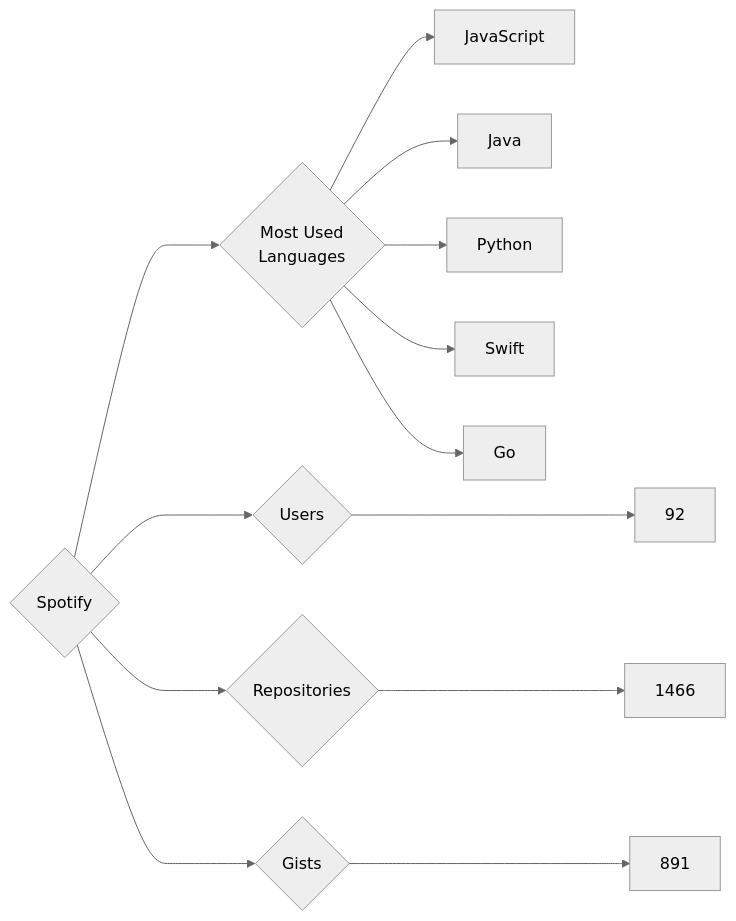
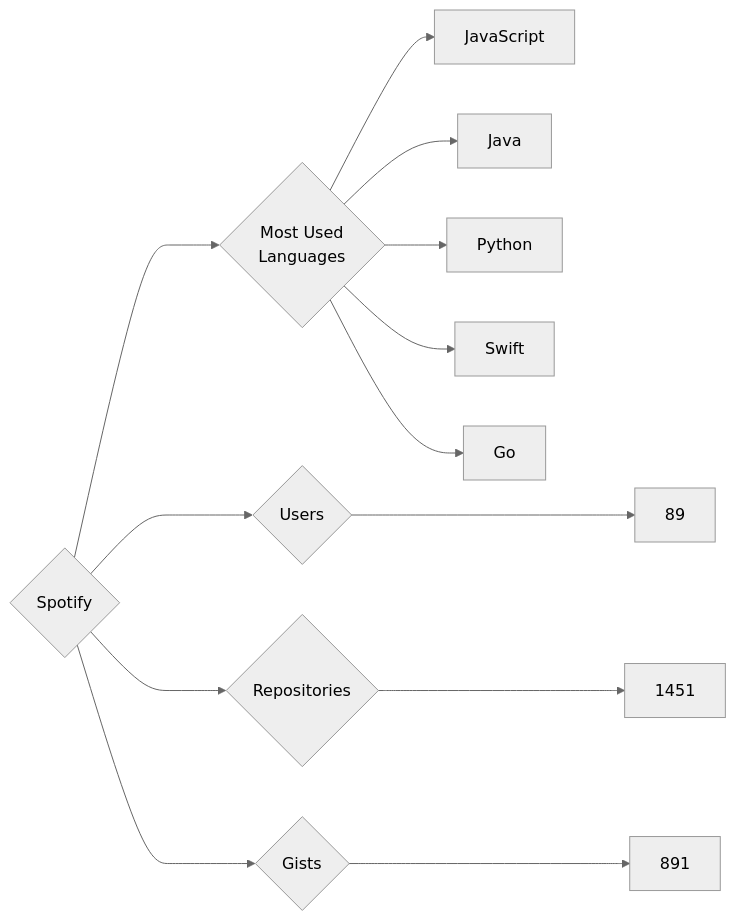
The diagram in targets/Spotify/README.md (trickest/insiders), drawn with Mermaid (neutral theme) before and after one commit. The commit also changed 912 other files, not shown here.

````diff
--- a/targets/Spotify/README.md
+++ b/targets/Spotify/README.md
@@ -3,13 +3,13 @@
 ```mermaid
 graph LR
 COMPANY_NAME{Spotify}
-COMPANY_NAME ---> U{Users} ---> UN[92]
-COMPANY_NAME ---> R{Repositories} ---> RN[1466]
+COMPANY_NAME ---> U{Users} ---> UN[89]
+COMPANY_NAME ---> R{Repositories} ---> RN[1451]
 COMPANY_NAME ---> G{Gists} ---> GN[891]
 COMPANY_NAME ---> ML{Most Used<br>Languages}
 ML --> JavaScript[JavaScript]
 ML --> Java[Java]
 ML --> Python[Python]
 ML --> Swift[Swift]
 ML --> Go[Go]
 ```
````
